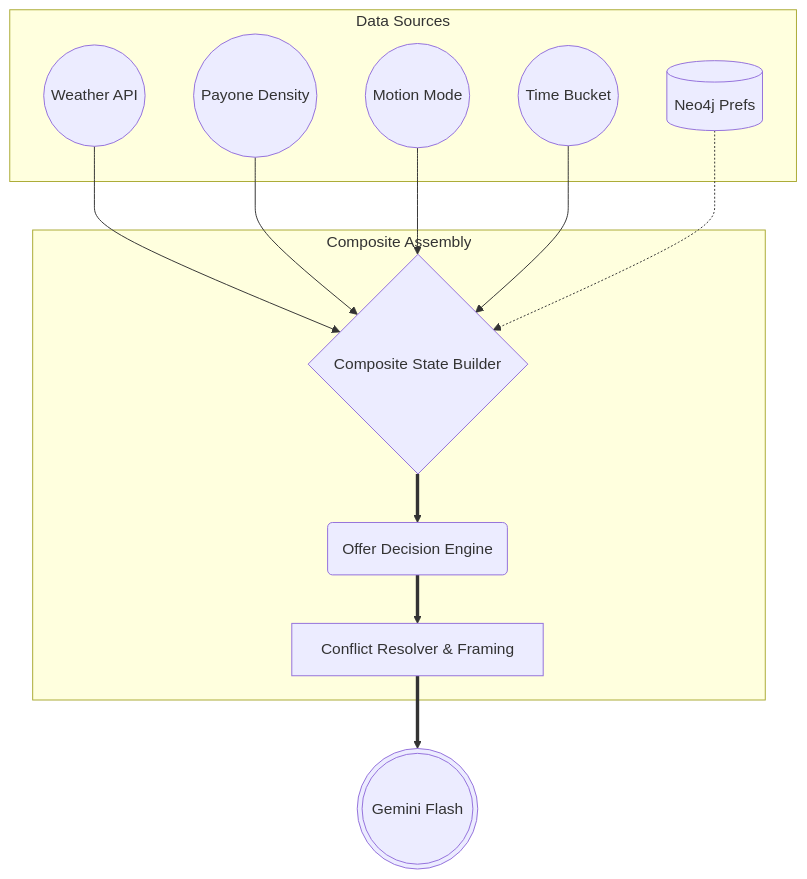
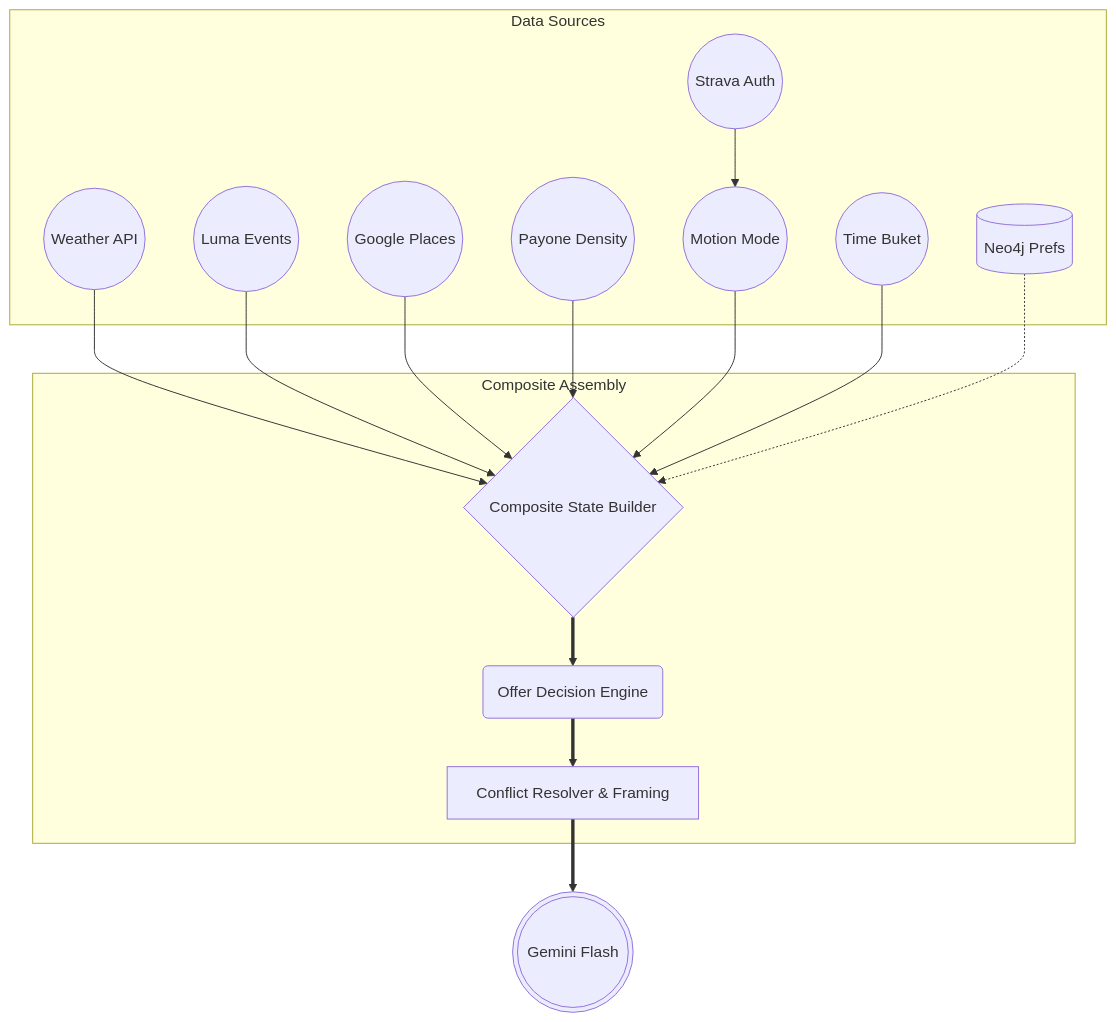
Before and after one commit to larsboes/Generative-City-Wallet: the diagram in docs/architecture/context-signals.md, drawn with Mermaid. The commit also changed 6 other files, not shown here.

````diff
--- a/docs/architecture/context-signals.md
+++ b/docs/architecture/context-signals.md
@@ -27,26 +27,32 @@
 ```mermaid
 flowchart TD
   subgraph Data Sources
       weather((Weather API))
+      luma((Luma Events))
+      maps((Google Places))
+      strava((Strava Auth))
       demand((Payone Density))
       movement((Motion Mode))
-      time((Time Bucket))
+      time((Time Buket))
       prefs[(Neo4j Prefs)]
   end
 
   subgraph Composite Assembly
       composite{Composite State Builder}
       decision(Offer Decision Engine)
       conflict[Conflict Resolver & Framing]
   end
 
   weather --> composite
+  luma --> composite
+  maps --> composite
   demand --> composite
+  strava --> movement
   movement --> composite
   time --> composite
   prefs -.-> composite
 
   composite ==> decision
   decision ==> conflict
   conflict ==> llm(((Gemini Flash)))
 ```
````
